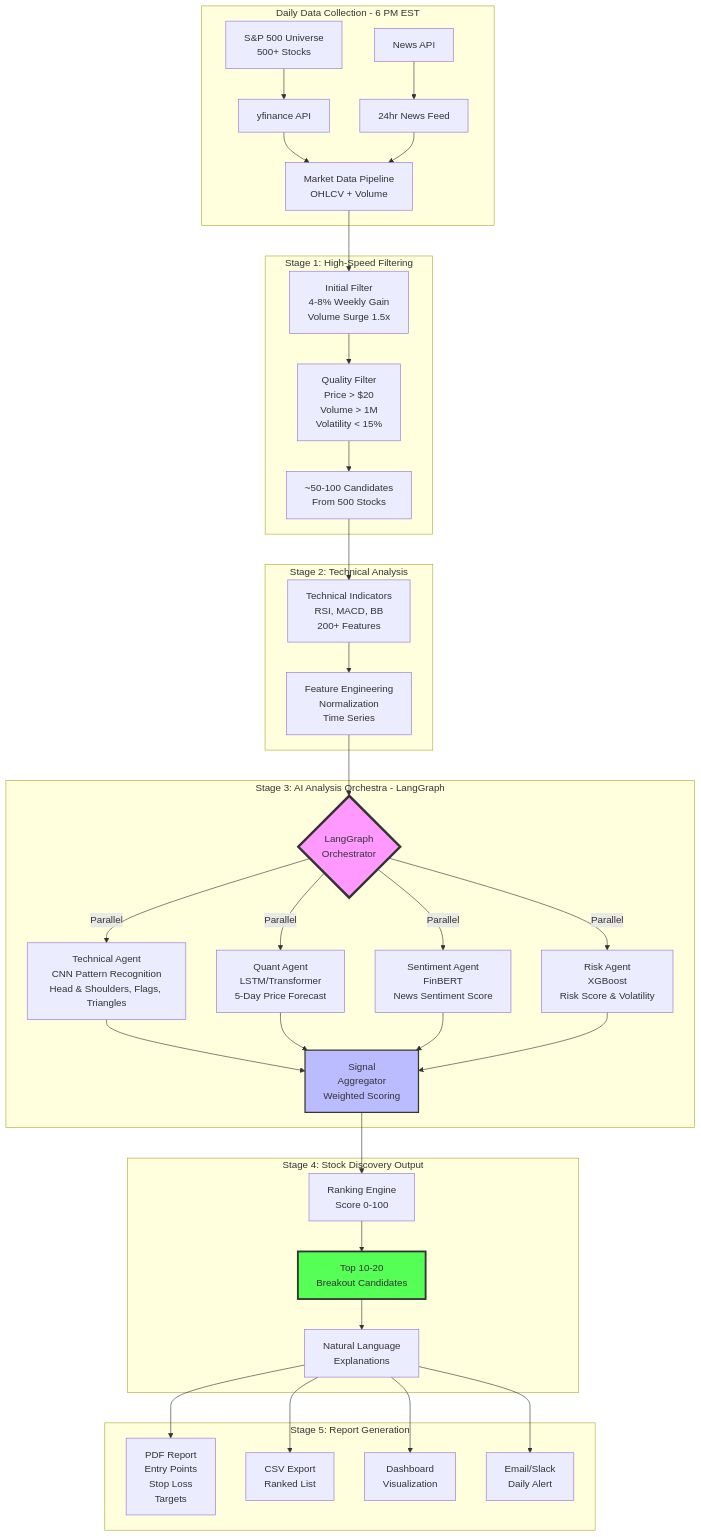
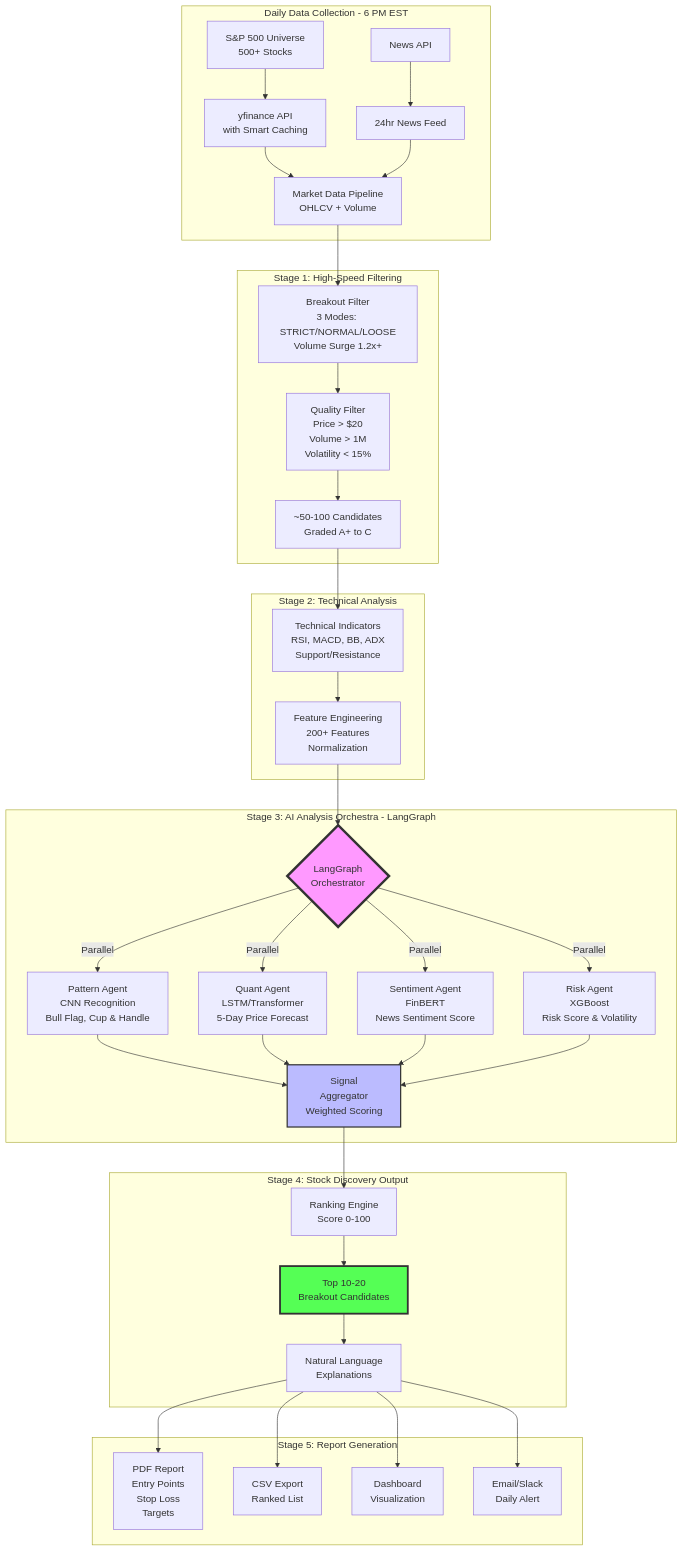
The diagram in README.md (Ciri8/stock-finder), drawn with Mermaid before and after one commit. The commit also changed other lines of this file and 544 other files, not shown here.

First line of the commit message:
feat: Implement real-data pattern recognition training pipeline

````diff
--- a/README.md
+++ b/README.md
@@ -7,51 +7,51 @@
 ```mermaid
 graph TB
     subgraph "Daily Data Collection - 6 PM EST"
-        A[S&P 500 Universe<br/>500+ Stocks] --> B[yfinance API]
+        A[S&P 500 Universe<br/>500+ Stocks] --> B[yfinance API<br/>with Smart Caching]
         C[News API] --> D[24hr News Feed]
         B --> E[Market Data Pipeline<br/>OHLCV + Volume]
         D --> E
     end
     
     subgraph "Stage 1: High-Speed Filtering"
-        E --> F[Initial Filter<br/>4-8% Weekly Gain<br/>Volume Surge 1.5x]
+        E --> F[Breakout Filter<br/>3 Modes: STRICT/NORMAL/LOOSE<br/>Volume Surge 1.2x+]
         F --> G[Quality Filter<br/>Price > $20<br/>Volume > 1M<br/>Volatility < 15%]
-        G --> H[~50-100 Candidates<br/>From 500 Stocks]
+        G --> H[~50-100 Candidates<br/>Graded A+ to C]
     end
     
     subgraph "Stage 2: Technical Analysis"
-        H --> I[Technical Indicators<br/>RSI, MACD, BB<br/>200+ Features]
-        I --> J[Feature Engineering<br/>Normalization<br/>Time Series]
+        H --> I[Technical Indicators<br/>RSI, MACD, BB, ADX<br/>Support/Resistance]
+        I --> J[Feature Engineering<br/>200+ Features<br/>Normalization]
     end
     
     subgraph "Stage 3: AI Analysis Orchestra - LangGraph"
         J --> K{LangGraph<br/>Orchestrator}
         
-        K -->|Parallel| L[Technical Agent<br/>CNN Pattern Recognition<br/>Head & Shoulders, Flags, Triangles]
+        K -->|Parallel| L[Pattern Agent<br/>CNN Recognition<br/>Bull Flag, Cup & Handle]
         K -->|Parallel| M[Quant Agent<br/>LSTM/Transformer<br/>5-Day Price Forecast]
         K -->|Parallel| N[Sentiment Agent<br/>FinBERT<br/>News Sentiment Score]
         K -->|Parallel| O[Risk Agent<br/>XGBoost<br/>Risk Score & Volatility]
         
         L --> P[Signal<br/>Aggregator<br/>Weighted Scoring]
         M --> P
         N --> P
         O --> P
     end
     
     subgraph "Stage 4: Stock Discovery Output"
         P --> Q[Ranking Engine<br/>Score 0-100]
         Q --> R[Top 10-20<br/>Breakout Candidates]
         R --> S[Natural Language<br/>Explanations]
     end
     
     subgraph "Stage 5: Report Generation"
         S --> T[PDF Report<br/>Entry Points<br/>Stop Loss<br/>Targets]
         S --> U[CSV Export<br/>Ranked List]
         S --> V[Dashboard<br/>Visualization]
         S --> W[Email/Slack<br/>Daily Alert]
     end
     
     style K fill:#f9f,stroke:#333,stroke-width:4px
     style P fill:#bbf,stroke:#333,stroke-width:2px
     style R fill:#5f5,stroke:#333,stroke-width:3px
 ```
````
